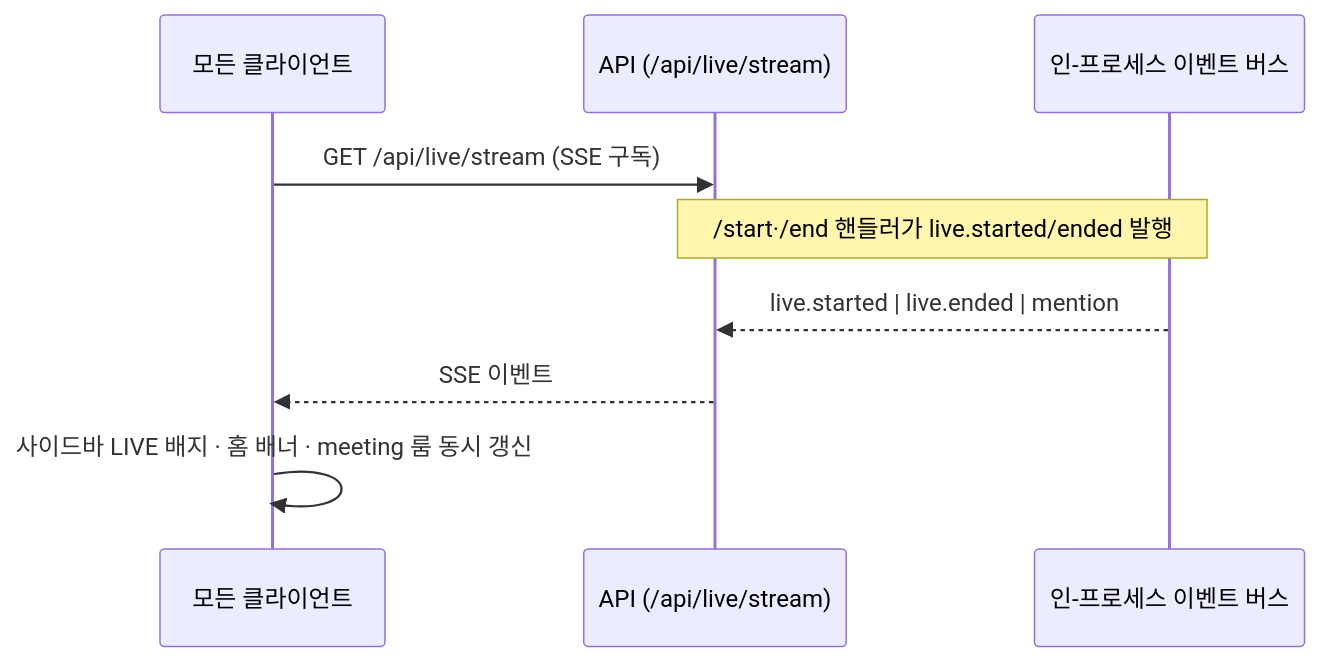
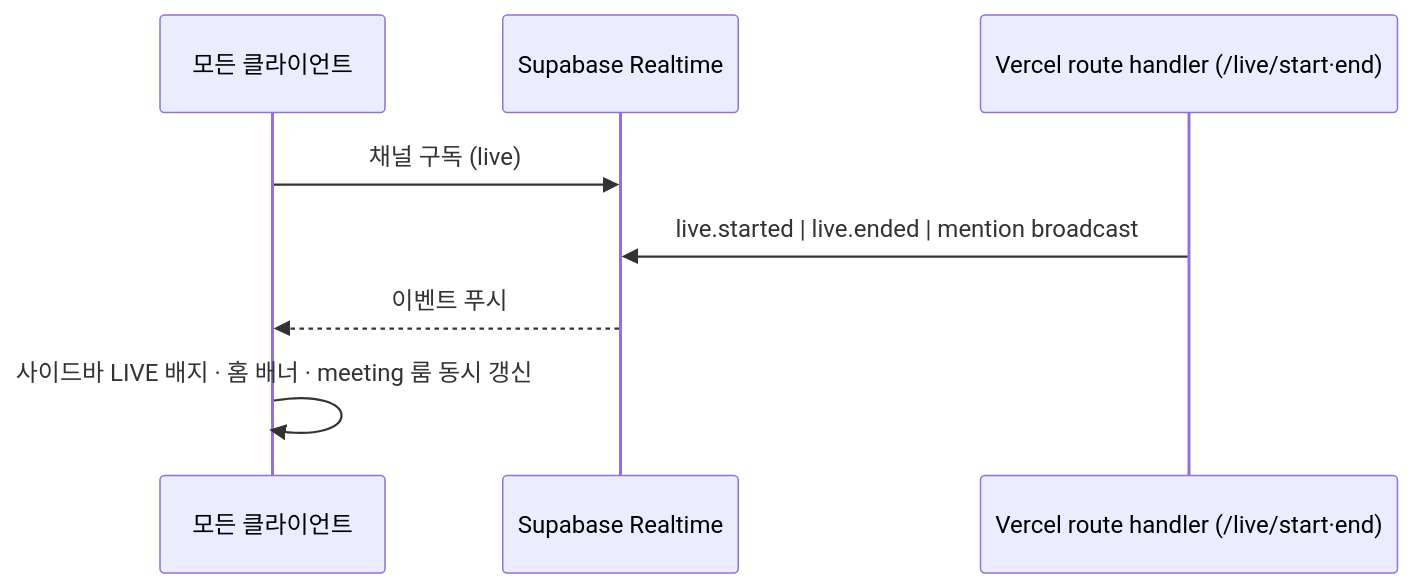
Before and after one commit to csm-kr/haparkchopaeng-workspace: the fifth of 9 diagrams in docs/dev/SEQUENCE_DIAGRAM.md, drawn with Mermaid. The commit also changed other lines of this file and 10 other files, not shown here.

First line of the commit message:
docs: ADR-016 reconcile — 중복 제거 + Vercel/Supabase/Realtime/durable-잡러너 전파

````diff
--- a/docs/dev/SEQUENCE_DIAGRAM.md
+++ b/docs/dev/SEQUENCE_DIAGRAM.md
@@ -112,11 +112,10 @@
 ```mermaid
 sequenceDiagram
   participant C1 as 모든 클라이언트
-  participant A as API (/api/live/stream)
-  participant B as 인-프로세스 이벤트 버스
-  C1->>A: GET /api/live/stream (SSE 구독)
-  Note over A,B: /start·/end 핸들러가 live.started/ended 발행
-  B-->>A: live.started | live.ended | mention
-  A-->>C1: SSE 이벤트
+  participant R as Supabase Realtime
+  participant A as Vercel route handler (/live/start·end)
+  C1->>R: 채널 구독 (live)
+  A->>R: live.started | live.ended | mention broadcast
+  R-->>C1: 이벤트 푸시
   C1->>C1: 사이드바 LIVE 배지 · 홈 배너 · meeting 룸 동시 갱신
 ```
````
